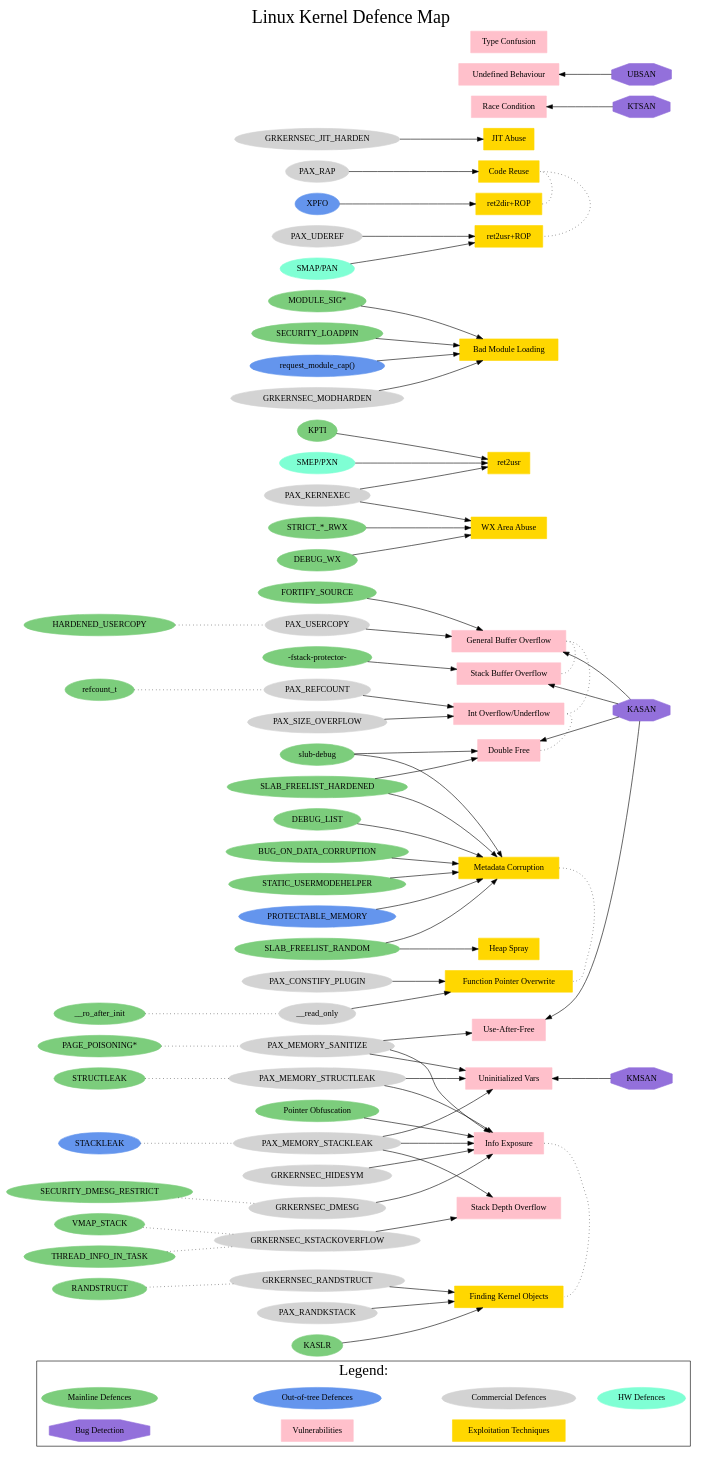
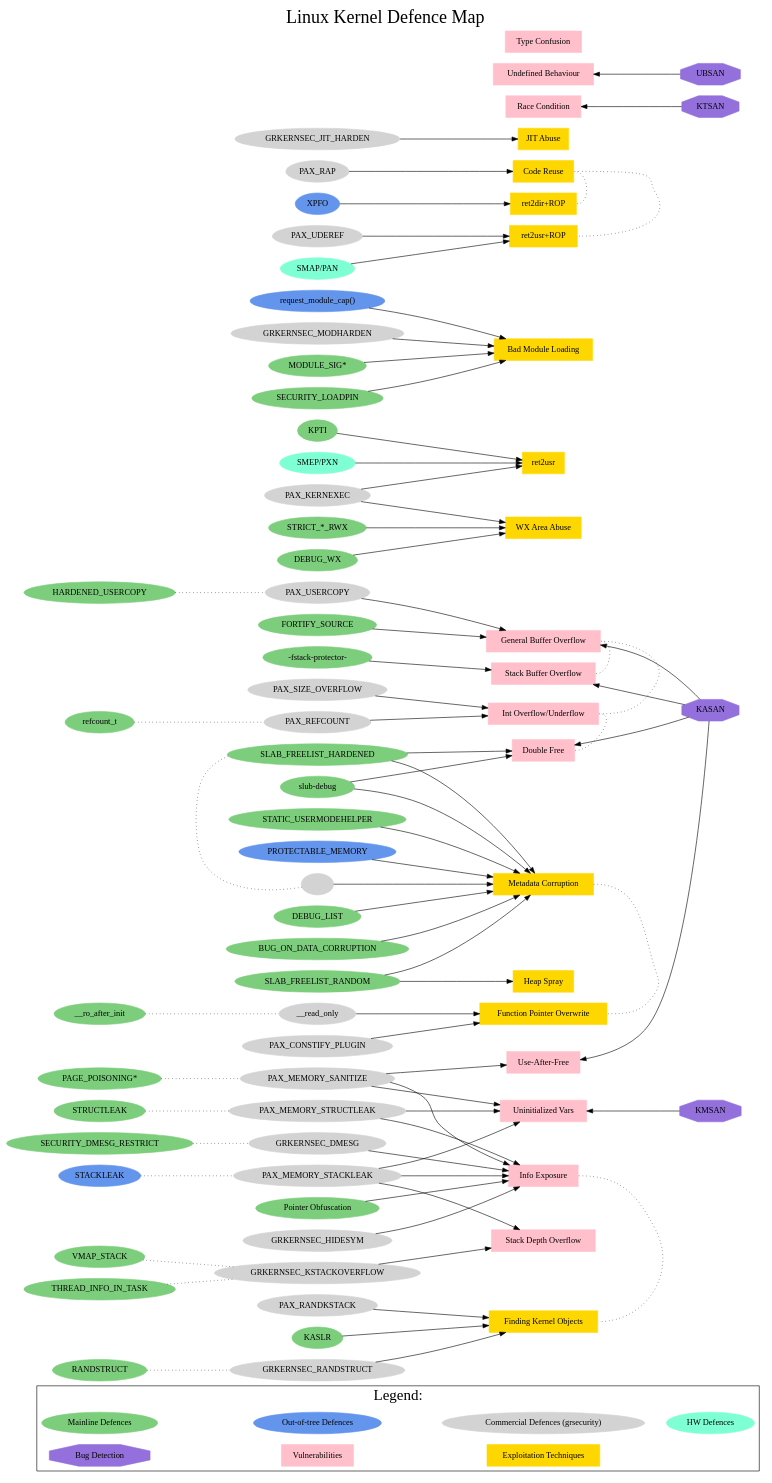
One commit to kartikeyap/linux-kernel-defence-map changed the diagram in linux-kernel-defence-map.dot. Above: the diagram before and after it, drawn with Graphviz.

Commit message:
SLAB_FREELIST_HARDENED is partly inspired by grsecurity (thanks to Brad and Kees)

```diff
--- a/linux-kernel-defence-map.dot
+++ b/linux-kernel-defence-map.dot
@@ -44,7 +44,7 @@
 
     "Mainline Defences" [shape=oval, color=palegreen3];
     "Out-of-tree Defences" [shape=oval, color=cornflowerblue];
-    "Commercial Defences" [shape=oval, color=lightgrey];
+    "Commercial Defences (grsecurity)" [shape=oval, color=lightgrey];
     "HW Defences" [shape=oval, color=aquamarine];
     "Bug Detection" [shape=octagon, color=mediumpurple];
     "Vulnerabilities" [shape=box, color=pink];
@@ -53,7 +53,7 @@
 
   // For pretty legend layout:
   edge [arrowhead=none, style=invis];
-  "Mainline Defences" -> "Out-of-tree Defences" -> "Commercial Defences" -> "HW Defences";
+  "Mainline Defences" -> "Out-of-tree Defences" -> "Commercial Defences (grsecurity)" -> "HW Defences";
   "Bug Detection" -> "Vulnerabilities" -> "Exploitation Techniques";
 
 
@@ -105,6 +105,7 @@
     "GRKERNSEC_MODHARDEN";
     "__read_only";
     "GRKERNSEC_DMESG";
+    grsecurity_freelist_hardened [label=""];
 
     // HW Defences
     node [shape=oval, color=aquamarine];
@@ -141,6 +142,7 @@
   "__ro_after_init" -> "__read_only";
   "SECURITY_DMESG_RESTRICT" -> "GRKERNSEC_DMESG";
   "STACKLEAK" -> "PAX_MEMORY_STACKLEAK";
+  "SLAB_FREELIST_HARDENED" -> grsecurity_freelist_hardened;
 
 
   // Vulnerabilities and Exploitation Techniques
@@ -243,6 +245,7 @@
   "slub-debug" -> "Metadata Corruption";
   "SLAB_FREELIST_RANDOM" -> "Metadata Corruption";
   "SLAB_FREELIST_HARDENED" -> "Metadata Corruption";
+  grsecurity_freelist_hardened -> "Metadata Corruption";
   "PROTECTABLE_MEMORY" -> "Metadata Corruption";
   "STATIC_USERMODEHELPER" -> "Metadata Corruption";
 
```
